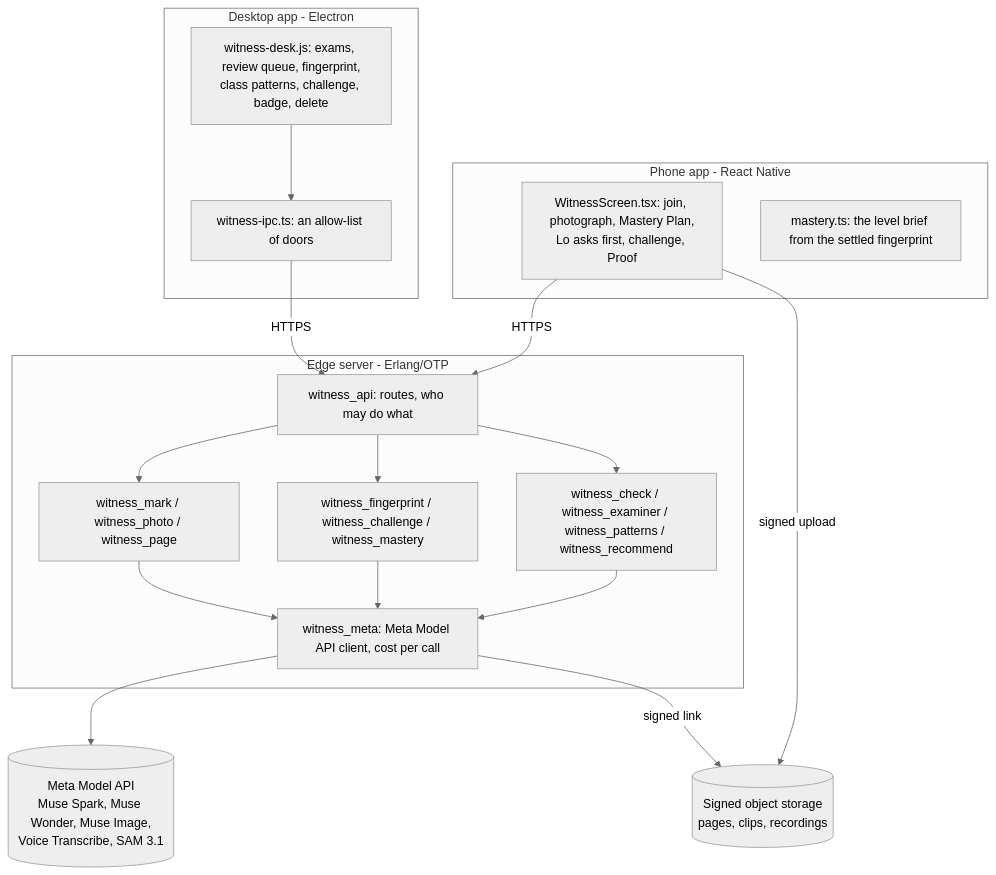
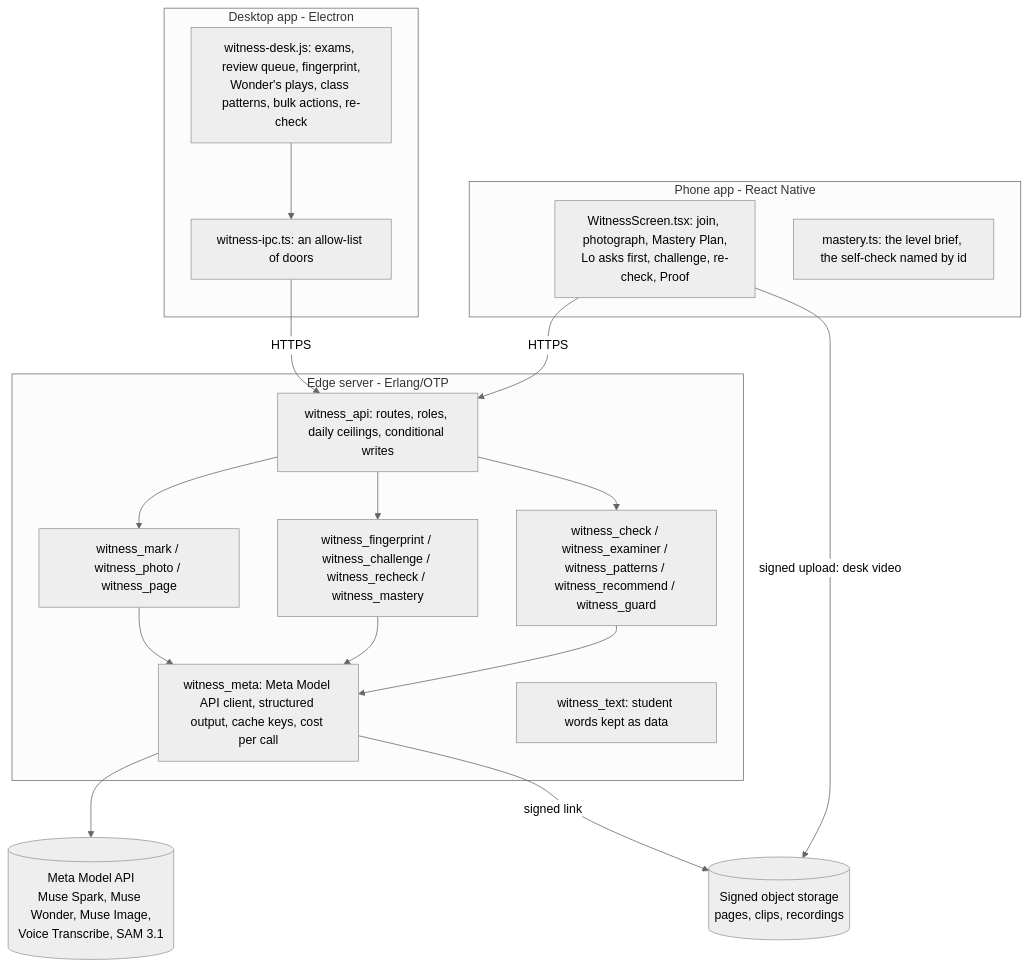
Before and after one commit to jsamuelkamau-dot/lowisa-witness: the second of 2 diagrams in README.md, drawn with Mermaid (neutral theme). The commit also changed other lines of this file and 9 other files, not shown here.

First line of the commit message:
Re-runs on the committed code: self-check (corrected levels), reasons, three learners on the steps rule; docs wording

````diff
--- a/README.md
+++ b/README.md
@@ -249,26 +265,27 @@
 ```mermaid
 flowchart TB
   subgraph Phone[Phone app - React Native]
-    W[WitnessScreen.tsx: join, photograph, Mastery Plan,<br/>Lo asks first, challenge, Proof]
-    MB[mastery.ts: the level brief from the settled fingerprint]
+    W[WitnessScreen.tsx: join, photograph, Mastery Plan,<br/>Lo asks first, challenge, re-check, Proof]
+    MB[mastery.ts: the level brief, the self-check named by id]
   end
   subgraph Desk[Desktop app - Electron]
-    WD[witness-desk.js: exams, review queue, fingerprint,<br/>class patterns, challenge, badge, delete]
+    WD[witness-desk.js: exams, review queue, fingerprint,<br/>Wonder's plays, class patterns, bulk actions, re-check]
     IPC[witness-ipc.ts: an allow-list of doors]
   end
   subgraph Edge[Edge server - Erlang/OTP]
-    API[witness_api: routes, who may do what]
+    API[witness_api: routes, roles, daily ceilings, conditional writes]
     MK[witness_mark / witness_photo / witness_page]
-    FP[witness_fingerprint / witness_challenge / witness_mastery]
-    AG[witness_check / witness_examiner / witness_patterns / witness_recommend]
-    MM[witness_meta: Meta Model API client, cost per call]
+    FP[witness_fingerprint / witness_challenge / witness_recheck / witness_mastery]
+    AG[witness_check / witness_examiner / witness_patterns / witness_recommend / witness_guard]
+    MM[witness_meta: Meta Model API client, structured output, cache keys, cost per call]
+    TX[witness_text: student words kept as data]
   end
   Meta[(Meta Model API<br/>Muse Spark, Muse Wonder, Muse Image,<br/>Voice Transcribe, SAM 3.1)]
   S3[(Signed object storage<br/>pages, clips, recordings)]
   W -->|HTTPS| API
   WD --> IPC -->|HTTPS| API
   API --> MK & FP & AG
   MK & FP & AG --> MM --> Meta
-  W -->|signed upload| S3
+  W -->|signed upload: desk video| S3
   MM -->|signed link| S3
 ```
````
